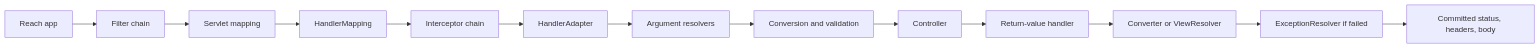
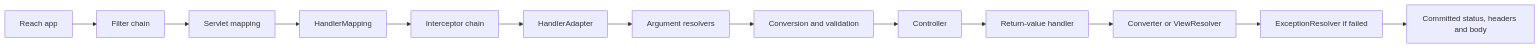
Diagram 30 of 30 in 10_CONCEPTS/Spring/MVC/Spring MVC DispatcherServlet Visual Deep Dive.md (alimbetov/obsidian), drawn with Mermaid before and after one commit. The commit also changed other lines of this file, not shown here.

Commit message:
fix: render MVC PathVariable diagram

````diff
--- a/10_CONCEPTS/Spring/MVC/Spring MVC DispatcherServlet Visual Deep Dive.md
+++ b/10_CONCEPTS/Spring/MVC/Spring MVC DispatcherServlet Visual Deep Dive.md
@@ -388,15 +388,15 @@
 ```mermaid
 flowchart LR
     A[Reach app] --> B[Filter chain]
     B --> C[Servlet mapping]
     C --> D[HandlerMapping]
     D --> E[Interceptor chain]
     E --> F[HandlerAdapter]
     F --> G[Argument resolvers]
     G --> H[Conversion and validation]
     H --> I[Controller]
     I --> J[Return-value handler]
     J --> K[Converter or ViewResolver]
     K --> L[ExceptionResolver if failed]
-    L --> M[Committed status, headers, body]
+    L --> M[Committed status, headers and body]
 ```
````
